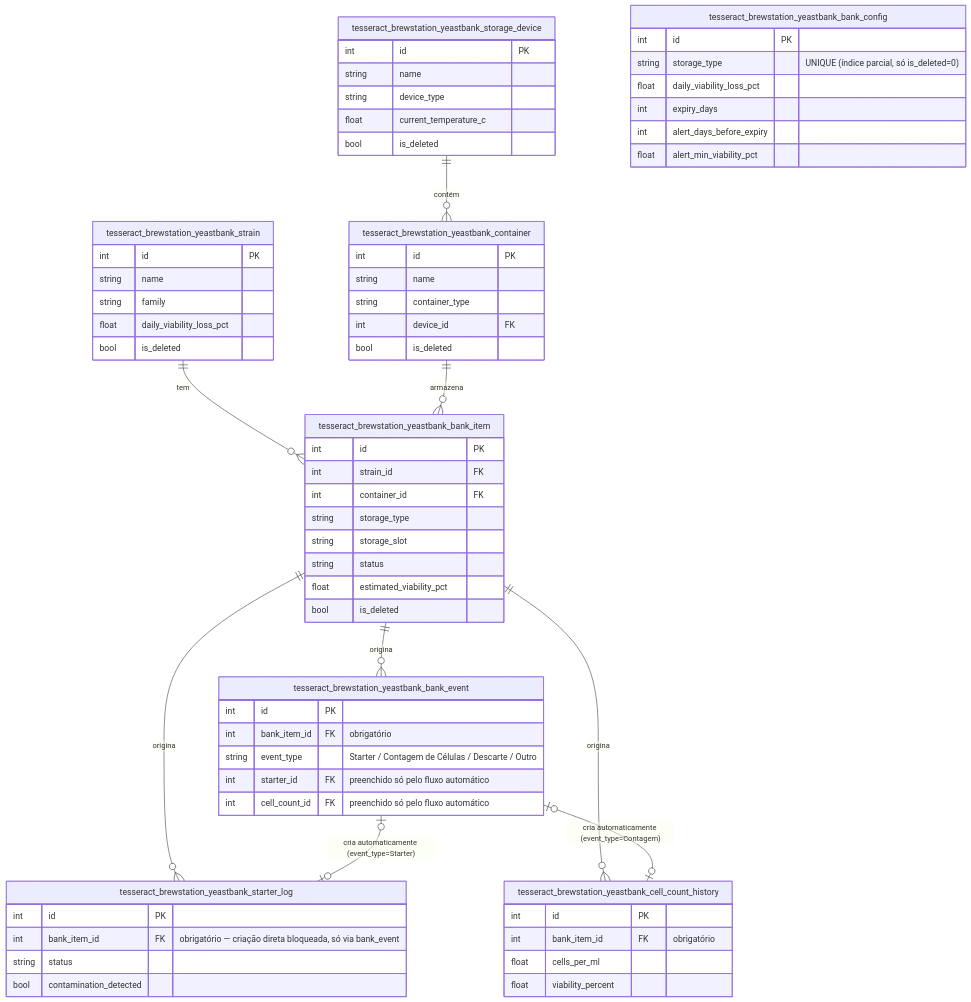
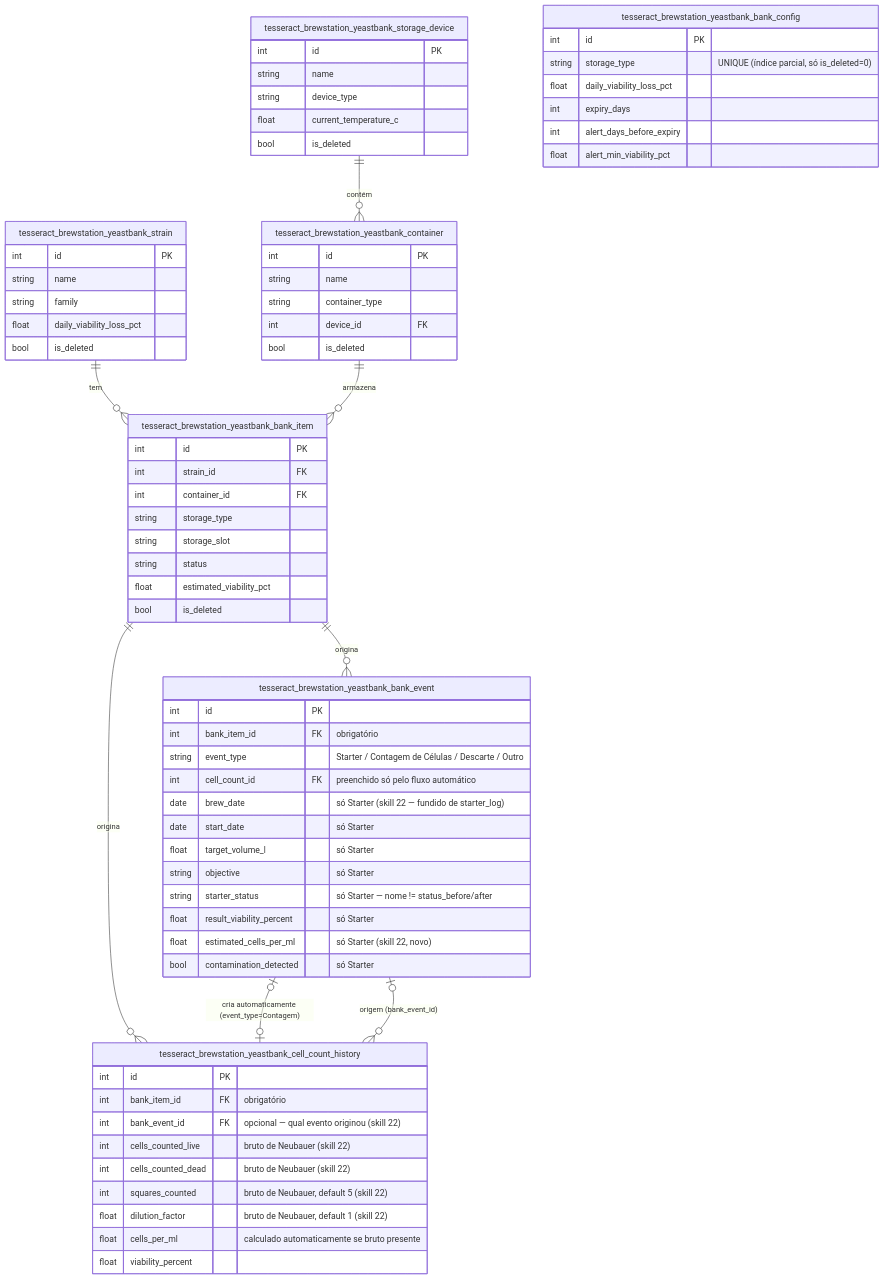
The diagram in addons/addon_brewstation/features/feature_yeast_bank/docs/technical/04-modelo-de-dados.md (ChristopherNicolasSMM/Tesseract), drawn with Mermaid before and after one commit. The commit also changed other lines of this file and 41 other files, not shown here.

First line of the commit message:
feat(yeast_bank): skill 22 - funde YeastStarterLog em BankEvent + calculo de Neubauer

````diff
--- a/addons/addon_brewstation/features/feature_yeast_bank/docs/technical/04-modelo-de-dados.md
+++ b/addons/addon_brewstation/features/feature_yeast_bank/docs/technical/04-modelo-de-dados.md
@@ -14,70 +22,75 @@
 ```mermaid
 erDiagram
     tesseract_brewstation_yeastbank_strain ||--o{ tesseract_brewstation_yeastbank_bank_item : "tem"
     tesseract_brewstation_yeastbank_storage_device ||--o{ tesseract_brewstation_yeastbank_container : "contém"
     tesseract_brewstation_yeastbank_container ||--o{ tesseract_brewstation_yeastbank_bank_item : "armazena"
-    tesseract_brewstation_yeastbank_bank_item ||--o{ tesseract_brewstation_yeastbank_starter_log : "origina"
     tesseract_brewstation_yeastbank_bank_item ||--o{ tesseract_brewstation_yeastbank_cell_count_history : "origina"
     tesseract_brewstation_yeastbank_bank_item ||--o{ tesseract_brewstation_yeastbank_bank_event : "origina"
-    tesseract_brewstation_yeastbank_bank_event |o--o| tesseract_brewstation_yeastbank_starter_log : "cria automaticamente (event_type=Starter)"
     tesseract_brewstation_yeastbank_bank_event |o--o| tesseract_brewstation_yeastbank_cell_count_history : "cria automaticamente (event_type=Contagem)"
+    tesseract_brewstation_yeastbank_bank_event |o--o{ tesseract_brewstation_yeastbank_cell_count_history : "origem (bank_event_id)"
 
     tesseract_brewstation_yeastbank_strain {
         int id PK
         string name
         string family
         float daily_viability_loss_pct
         bool is_deleted
     }
     tesseract_brewstation_yeastbank_storage_device {
         int id PK
         string name
         string device_type
         float current_temperature_c
         bool is_deleted
     }
     tesseract_brewstation_yeastbank_container {
         int id PK
         string name
         string container_type
         int device_id FK
         bool is_deleted
     }
     tesseract_brewstation_yeastbank_bank_item {
         int id PK
         int strain_id FK
         int container_id FK
         string storage_type
         string storage_slot
         string status
         float estimated_viability_pct
         bool is_deleted
     }
-    tesseract_brewstation_yeastbank_starter_log {
-        int id PK
-        int bank_item_id FK "obrigatório — criação direta bloqueada, só via bank_event"
-        string status
-        bool contamination_detected
-    }
     tesseract_brewstation_yeastbank_cell_count_history {
         int id PK
         int bank_item_id FK "obrigatório"
-        float cells_per_ml
+        int bank_event_id FK "opcional — qual evento originou (skill 22)"
+        int cells_counted_live "bruto de Neubauer (skill 22)"
+        int cells_counted_dead "bruto de Neubauer (skill 22)"
+        int squares_counted "bruto de Neubauer, default 5 (skill 22)"
+        float dilution_factor "bruto de Neubauer, default 1 (skill 22)"
+        float cells_per_ml "calculado automaticamente se bruto presente"
         float viability_percent
     }
     tesseract_brewstation_yeastbank_bank_event {
         int id PK
         int bank_item_id FK "obrigatório"
         string event_type "Starter / Contagem de Células / Descarte / Outro"
-        int starter_id FK "preenchido só pelo fluxo automático"
         int cell_count_id FK "preenchido só pelo fluxo automático"
+        date brew_date "só Starter (skill 22 — fundido de starter_log)"
+        date start_date "só Starter"
+        float target_volume_l "só Starter"
+        string objective "só Starter"
+        string starter_status "só Starter — nome != status_before/after"
+        float result_viability_percent "só Starter"
+        float estimated_cells_per_ml "só Starter (skill 22, novo)"
+        bool contamination_detected "só Starter"
     }
     tesseract_brewstation_yeastbank_bank_config {
         int id PK
         string storage_type "UNIQUE (índice parcial, só is_deleted=0)"
         float daily_viability_loss_pct
         int expiry_days
         int alert_days_before_expiry
         float alert_min_viability_pct
     }
 ```
````
